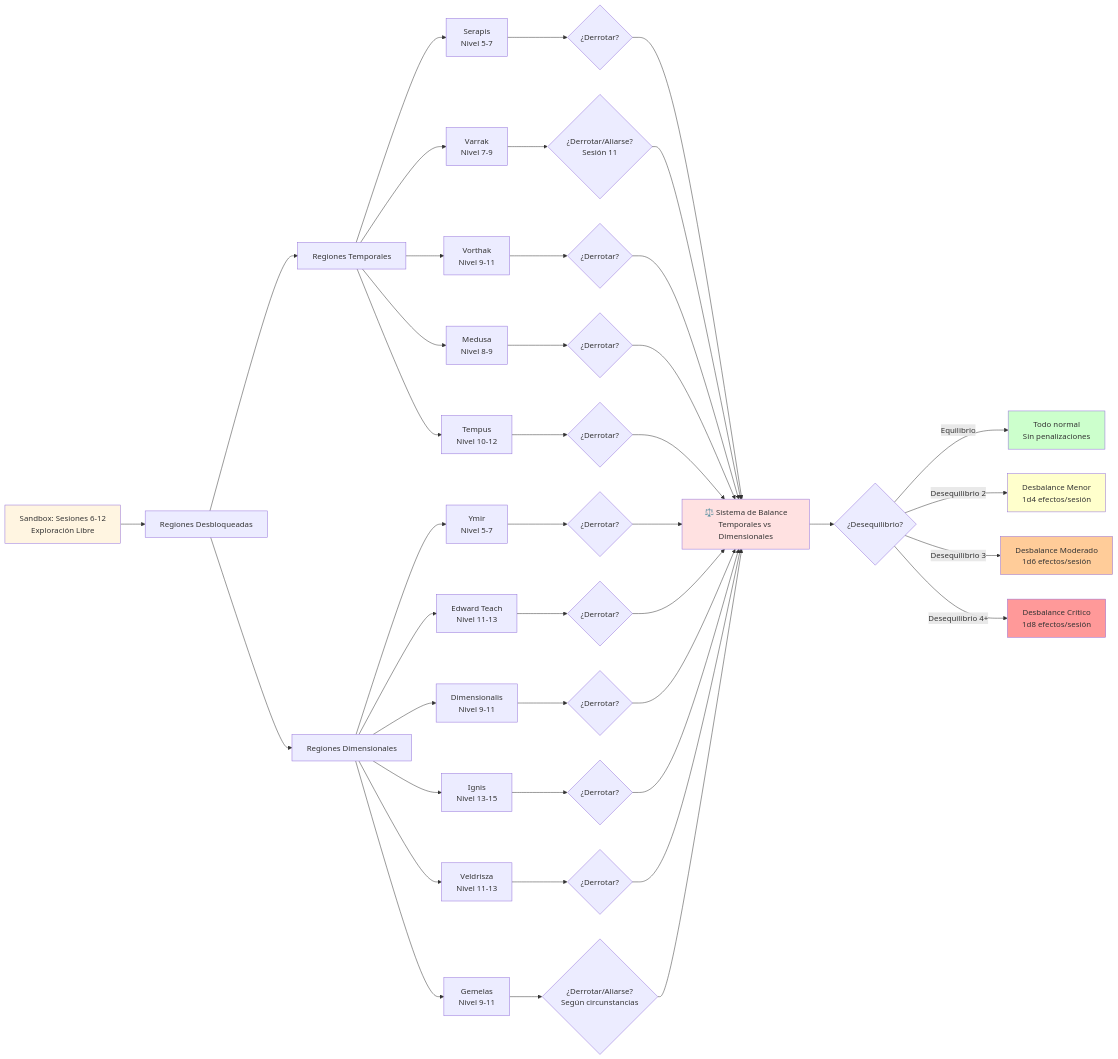
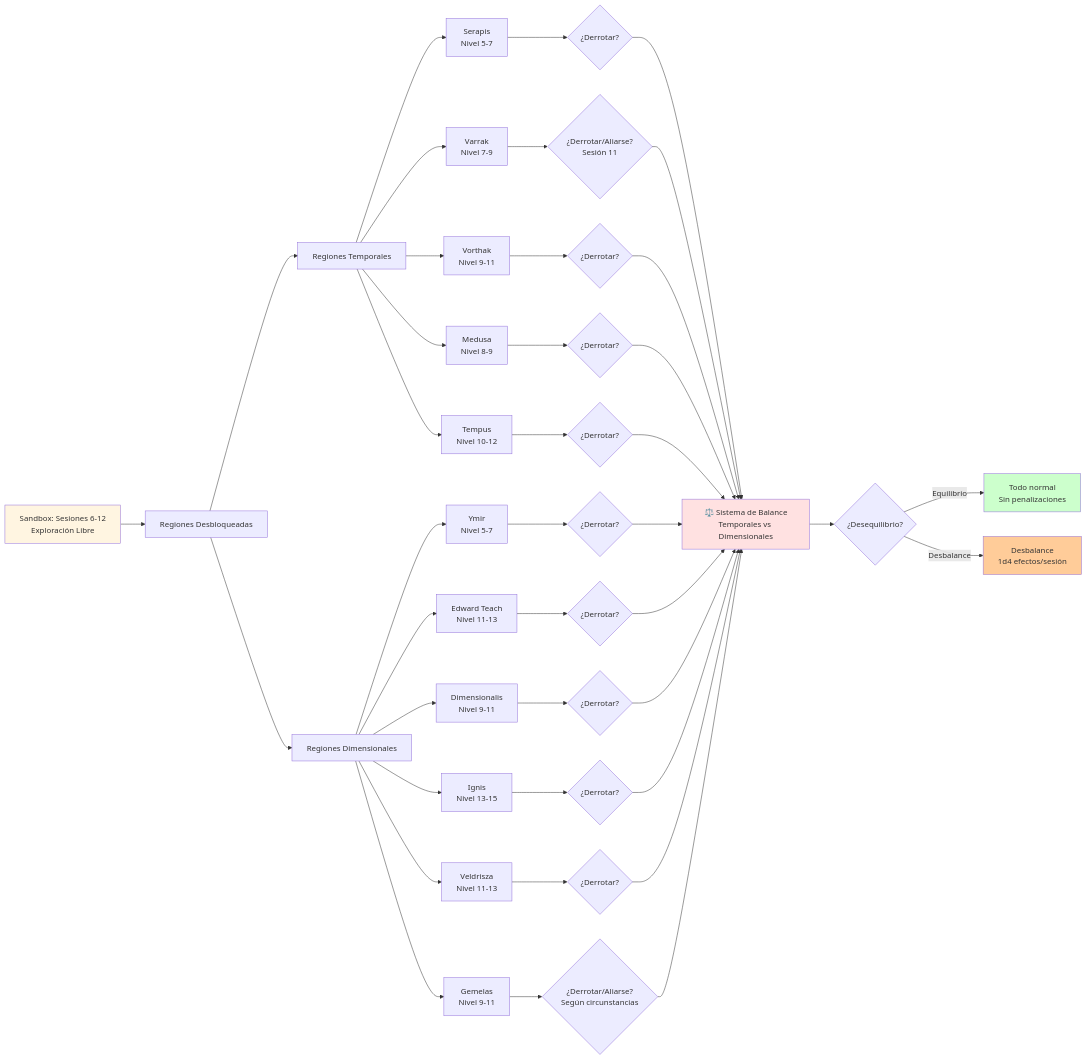
The diagram in Chronosia_Campana_Profesional/00_Esquemas/01_Sandbox.md (asantolaria/dnd-campaign-chronosia), drawn with Mermaid before and after one commit. The commit also changed other lines of this file and 70 other files, not shown here.

````diff
--- a/Chronosia_Campana_Profesional/00_Esquemas/01_Sandbox.md
+++ b/Chronosia_Campana_Profesional/00_Esquemas/01_Sandbox.md
@@ -18,58 +18,54 @@
 ```mermaid
 flowchart LR
     SANDBOX[Sandbox: Sesiones 6-12<br/>Exploración Libre] --> REGIONES[Regiones Desbloqueadas]
     
     REGIONES --> TEMP[Regiones Temporales]
     REGIONES --> DIM[Regiones Dimensionales]
     
     TEMP --> T1[Serapis<br/>Nivel 5-7]
     TEMP --> T2[Varrak<br/>Nivel 7-9]
     TEMP --> T3[Vorthak<br/>Nivel 9-11]
     TEMP --> T4[Medusa<br/>Nivel 8-9]
     TEMP --> T5[Tempus<br/>Nivel 10-12]
     
     DIM --> D1[Ymir<br/>Nivel 5-7]
     DIM --> D2[Edward Teach<br/>Nivel 11-13]
     DIM --> D3[Dimensionalis<br/>Nivel 9-11]
     DIM --> D4[Ignis<br/>Nivel 13-15]
     DIM --> D5[Veldrisza<br/>Nivel 11-13]
     DIM --> D6[Gemelas<br/>Nivel 9-11]
     
     T1 --> DEC1{¿Derrotar?}
     T2 --> DEC2{¿Derrotar/Aliarse?<br/>Sesión 11}
     T3 --> DEC3{¿Derrotar?}
     T4 --> DEC4{¿Derrotar?}
     T5 --> DEC5{¿Derrotar?}
     
     D1 --> DEC6{¿Derrotar?}
     D2 --> DEC7{¿Derrotar?}
     D3 --> DEC8{¿Derrotar?}
     D4 --> DEC9{¿Derrotar?}
     D5 --> DEC10{¿Derrotar?}
     D6 --> DEC11{¿Derrotar/Aliarse?<br/>Según circunstancias}
     
     DEC1 --> BALANCE[⚖️ Sistema de Balance<br/>Temporales vs Dimensionales]
     DEC2 --> BALANCE
     DEC3 --> BALANCE
     DEC4 --> BALANCE
     DEC5 --> BALANCE
     DEC6 --> BALANCE
     DEC7 --> BALANCE
     DEC8 --> BALANCE
     DEC9 --> BALANCE
     DEC10 --> BALANCE
     DEC11 --> BALANCE
     
     BALANCE --> CONSEC{¿Desequilibrio?}
     CONSEC -->|Equilibrio| OK[Todo normal<br/>Sin penalizaciones]
-    CONSEC -->|Desequilibrio 2| MENOR[Desbalance Menor<br/>1d4 efectos/sesión]
-    CONSEC -->|Desequilibrio 3| MOD[Desbalance Moderado<br/>1d6 efectos/sesión]
-    CONSEC -->|Desequilibrio 4+| CRIT[Desbalance Crítico<br/>1d8 efectos/sesión]
+    CONSEC -->|Desbalance| DESB[Desbalance<br/>1d4 efectos/sesión]
     
     style SANDBOX fill:#fff5e1
     style BALANCE fill:#ffe1e1
     style OK fill:#ccffcc
-    style MENOR fill:#ffffcc
-    style MOD fill:#ffcc99
-    style CRIT fill:#ff9999
+    style DESB fill:#ffcc99
 ```
````
